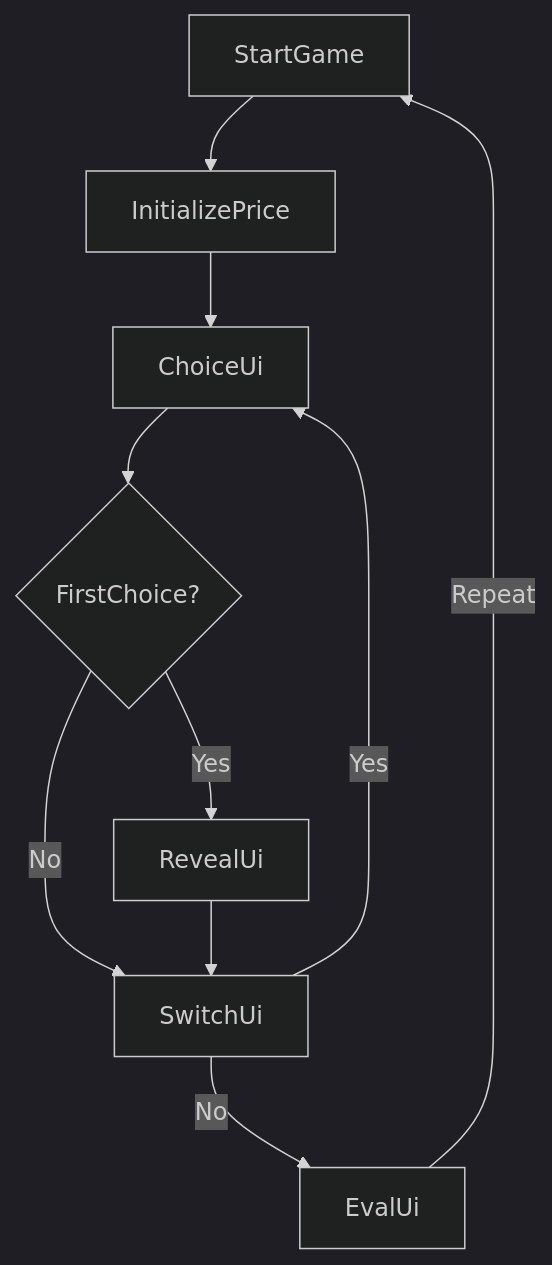
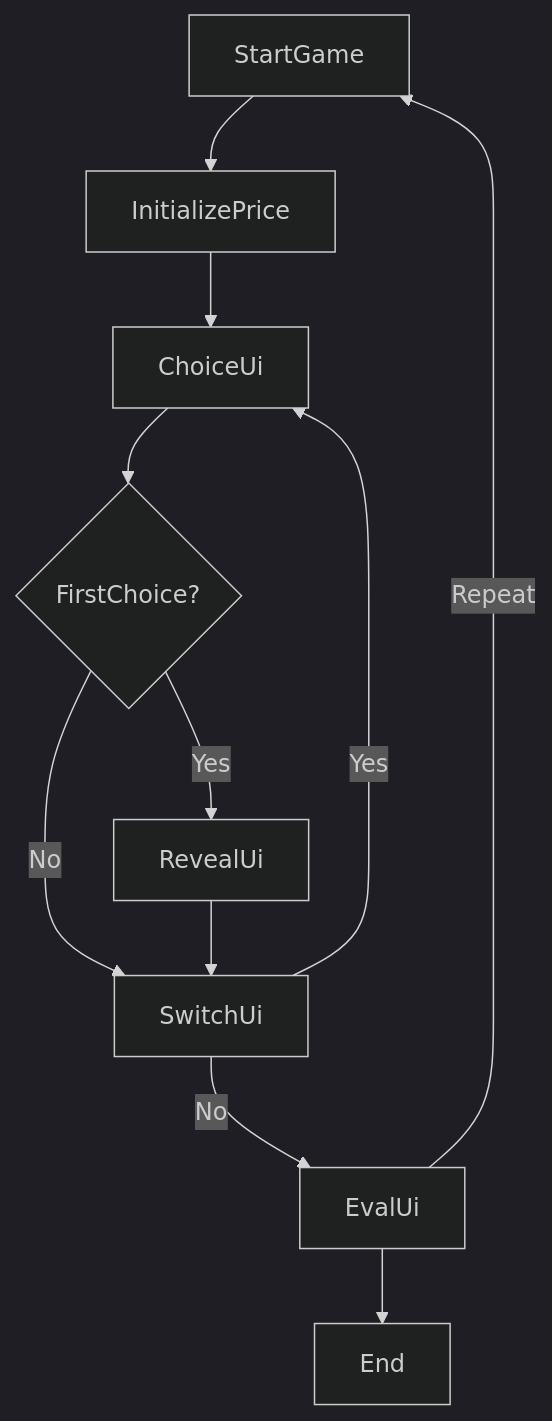
The diagram in Assets/Scripts/MontyHallLogicFlowchart.md (LasmusDev/PicoExperiments), drawn with Mermaid (dark theme) before and after one commit. The commit also changed 26 other files, not shown here.

````diff
--- a/Assets/Scripts/MontyHallLogicFlowchart.md
+++ b/Assets/Scripts/MontyHallLogicFlowchart.md
@@ -2,12 +2,13 @@
 ```mermaid
 flowchart TD;
     StartGame --> InitializePrice
     InitializePrice --> ChoiceUi
     ChoiceUi --> FirstChoice{FirstChoice?}
     FirstChoice -->|Yes| RevealUi
     FirstChoice -->|No| SwitchUi
     RevealUi --> SwitchUi
     SwitchUi -->|Yes| ChoiceUi
     SwitchUi -->|No| EvalUi
     EvalUi -->|Repeat| StartGame
+    EvalUi --> End
 ```
````
